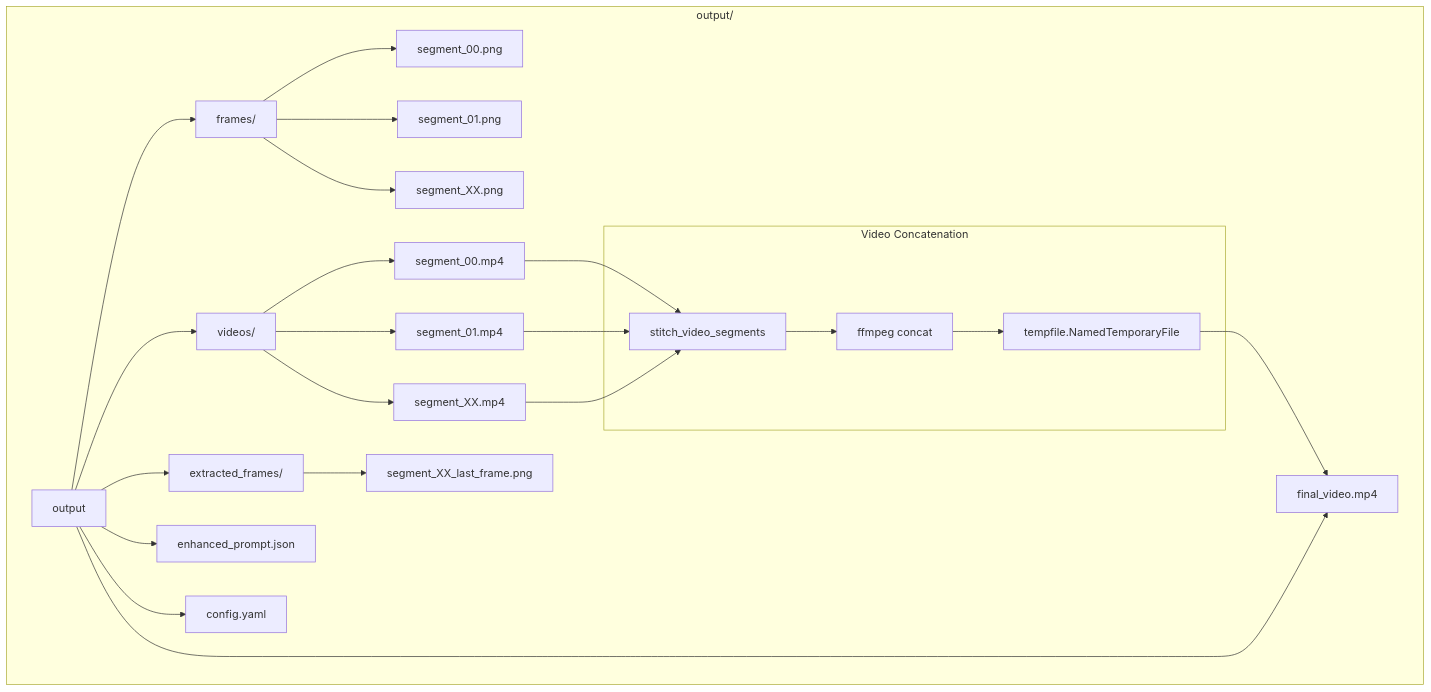
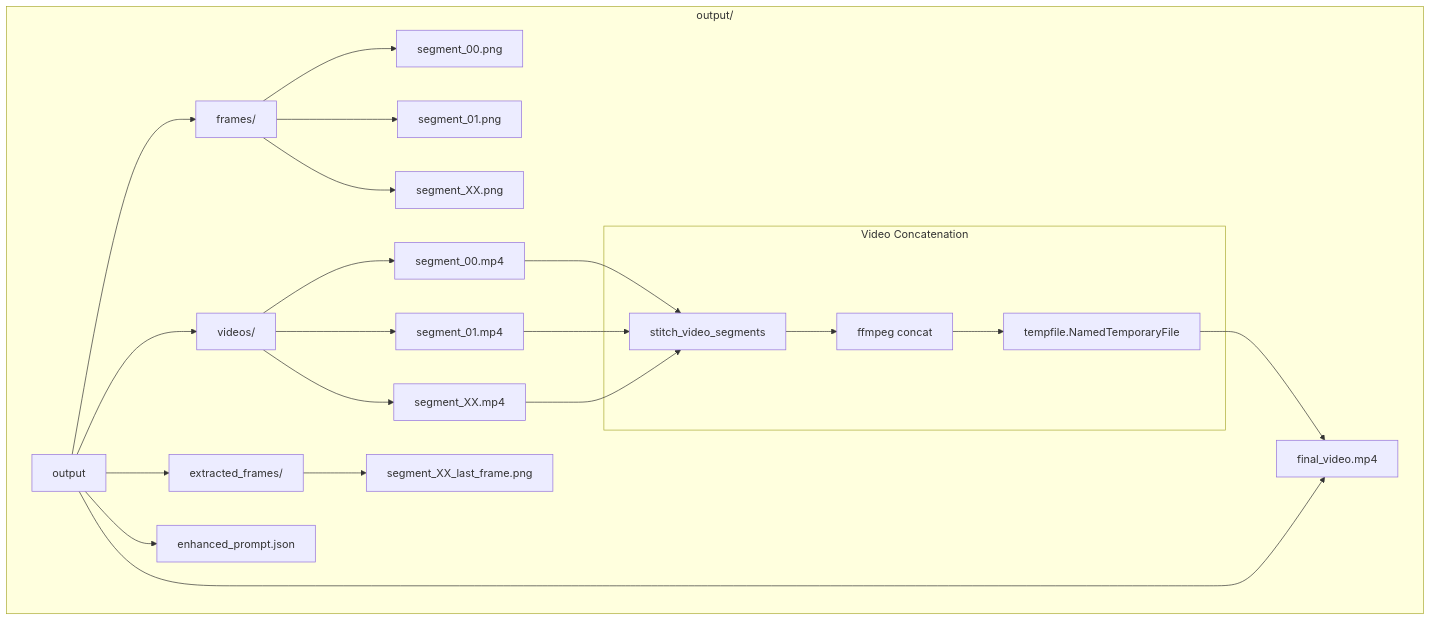
The fourth of 4 diagrams in docs/03-core-pipeline.md (trilogy-group/ttv-pipeline), drawn with Mermaid before and after one commit. The commit also changed 44 other files, not shown here.

````diff
--- a/docs/03-core-pipeline.md
+++ b/docs/03-core-pipeline.md
@@ -193,31 +193,30 @@
 ```mermaid
 graph TD
     subgraph "output/"
         A[output] --> B[frames/]
         A --> C[videos/]
         A --> D[extracted_frames/]
         A --> E[enhanced_prompt.json]
-        A --> F[config.yaml]
         A --> G[final_video.mp4]
         
         B --> B1[segment_00.png]
         B --> B2[segment_01.png]
         B --> B3[segment_XX.png]
         
         C --> C1[segment_00.mp4]
         C --> C2[segment_01.mp4]
         C --> C3[segment_XX.mp4]
         
         D --> D1[segment_XX_last_frame.png]
         
         subgraph "Video Concatenation"
             VC[stitch_video_segments] --> FF[ffmpeg concat]
             FF --> TF[tempfile.NamedTemporaryFile]
         end
         
         C1 --> VC
         C2 --> VC
         C3 --> VC
         TF --> G
     end
 ```
````
